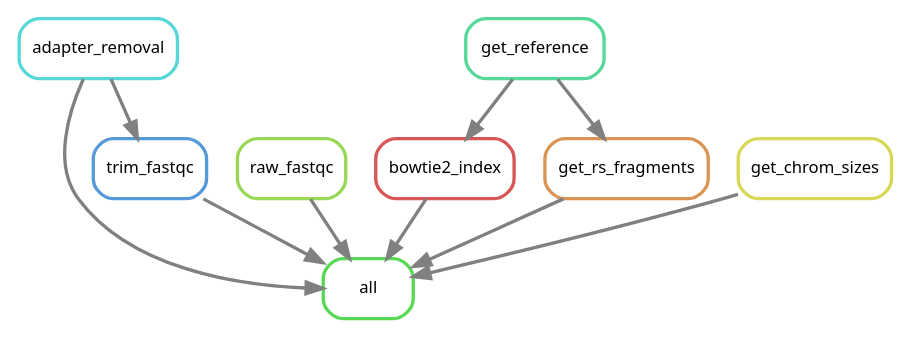
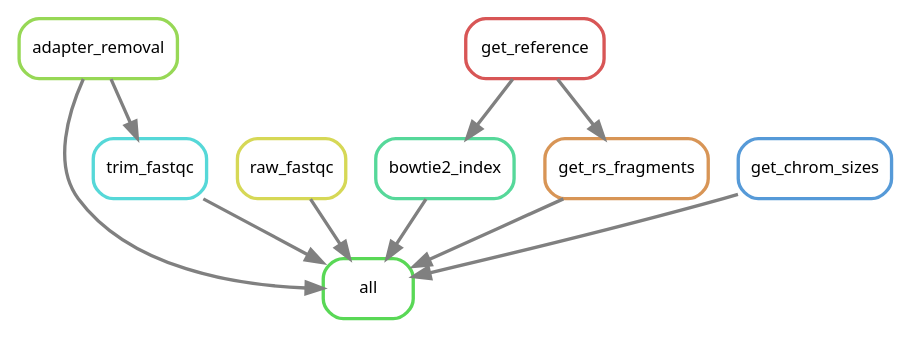
Before and after one commit to DRMCRL/ENCODE_T47D_HiC_ENCSR549MGQ: the diagram in output/rulegraph.dot, drawn with Graphviz. The commit also changed 3 other files, not shown here.

```diff
--- a/output/rulegraph.dot
+++ b/output/rulegraph.dot
@@ -1,22 +1,22 @@
 digraph snakemake_dag {
     graph[bgcolor=white, margin=0];
     node[shape=box, style=rounded, fontname=sans,                 fontsize=10, penwidth=2];
     edge[penwidth=2, color=grey];
 	0[label = "all", color = "0.33 0.6 0.85", style="rounded"];
-	1[label = "trim_fastqc", color = "0.58 0.6 0.85", style="rounded"];
-	2[label = "raw_fastqc", color = "0.25 0.6 0.85", style="rounded"];
-	3[label = "bowtie2_index", color = "0.00 0.6 0.85", style="rounded"];
-	4[label = "get_chrom_sizes", color = "0.17 0.6 0.85", style="rounded"];
+	1[label = "trim_fastqc", color = "0.50 0.6 0.85", style="rounded"];
+	2[label = "raw_fastqc", color = "0.17 0.6 0.85", style="rounded"];
+	3[label = "bowtie2_index", color = "0.42 0.6 0.85", style="rounded"];
+	4[label = "adapter_removal", color = "0.25 0.6 0.85", style="rounded"];
 	5[label = "get_rs_fragments", color = "0.08 0.6 0.85", style="rounded"];
-	6[label = "adapter_removal", color = "0.50 0.6 0.85", style="rounded"];
-	7[label = "get_reference", color = "0.42 0.6 0.85", style="rounded"];
+	6[label = "get_chrom_sizes", color = "0.58 0.6 0.85", style="rounded"];
+	7[label = "get_reference", color = "0.00 0.6 0.85", style="rounded"];
+	5 -> 0
+	2 -> 0
+	4 -> 0
 	3 -> 0
-	5 -> 0
-	4 -> 0
-	2 -> 0
+	1 -> 0
 	6 -> 0
-	1 -> 0
-	6 -> 1
+	4 -> 1
 	7 -> 3
 	7 -> 5
 }            
```
